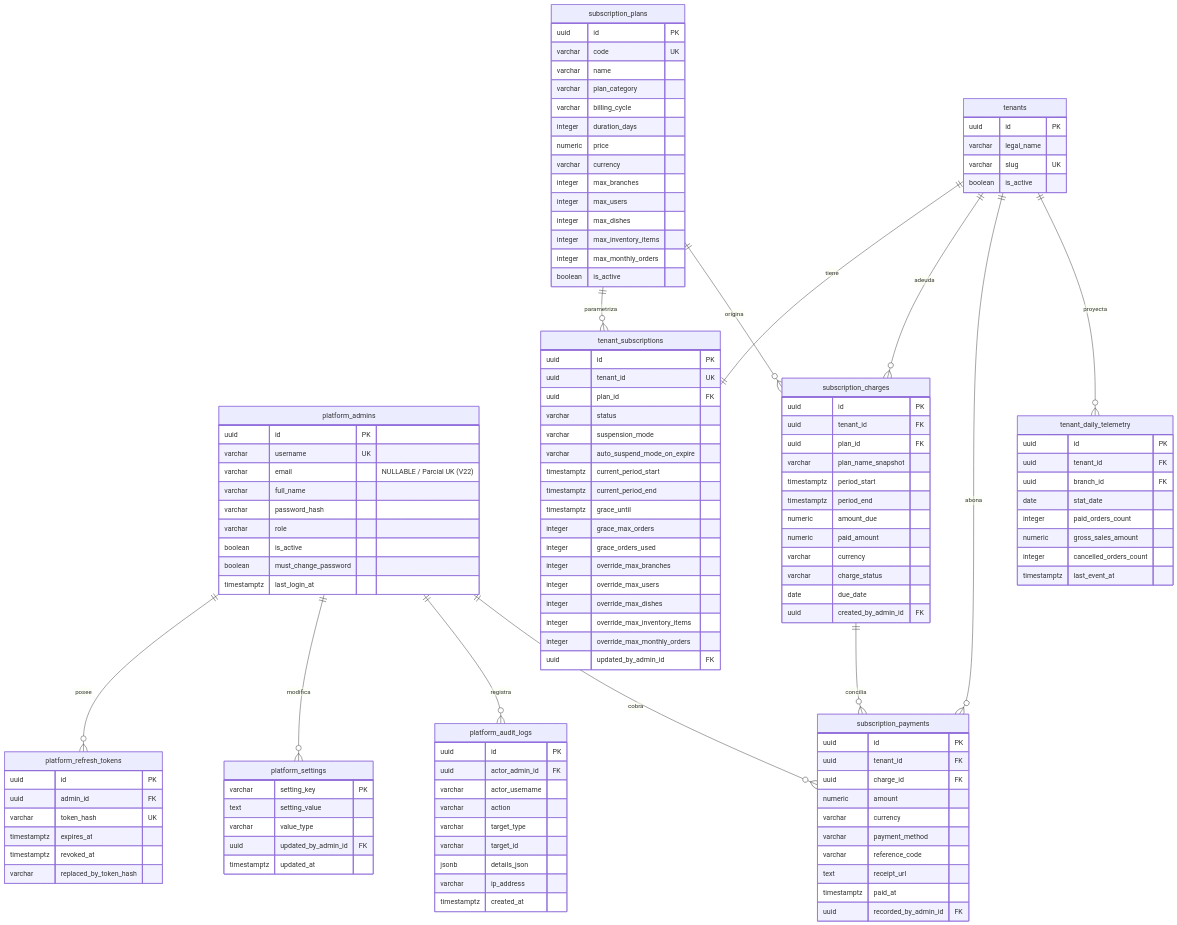
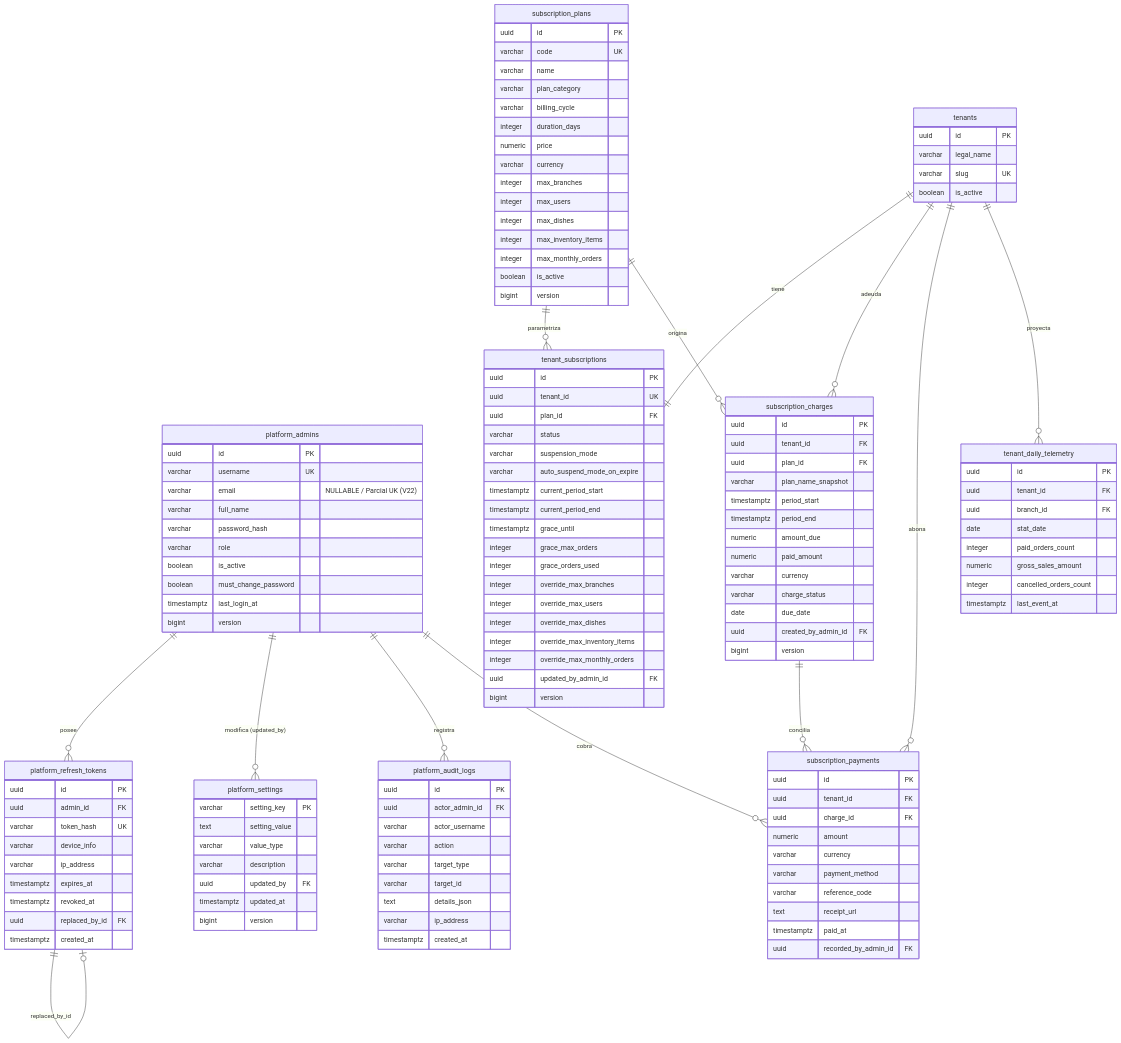
The diagram in docs/backoffice/architecture/domain_and_erd_subscriptions.md (vakajose/gestion-restaurante), drawn with Mermaid before and after one commit. The commit also changed other lines of this file and 156 other files, not shown here.

```diff
--- a/docs/backoffice/architecture/domain_and_erd_subscriptions.md
+++ b/docs/backoffice/architecture/domain_and_erd_subscriptions.md
@@ -31,23 +31,29 @@
         boolean is_active
         boolean must_change_password
         timestamptz last_login_at
+        bigint version
     }
 
     platform_refresh_tokens {
         uuid id PK
         uuid admin_id FK
         varchar token_hash UK
+        varchar device_info
+        varchar ip_address
         timestamptz expires_at
         timestamptz revoked_at
-        varchar replaced_by_token_hash
+        uuid replaced_by_id FK
+        timestamptz created_at
     }
 
     platform_settings {
         varchar setting_key PK
         text setting_value
         varchar value_type
-        uuid updated_by_admin_id FK
+        varchar description
+        uuid updated_by FK
         timestamptz updated_at
+        bigint version
     }
 
     tenants {
@@ -72,6 +78,7 @@
         integer max_inventory_items
         integer max_monthly_orders
         boolean is_active
+        bigint version
     }
 
     tenant_subscriptions {
@@ -92,6 +99,7 @@
         integer override_max_inventory_items
         integer override_max_monthly_orders
         uuid updated_by_admin_id FK
+        bigint version
     }
 
     subscription_charges {
@@ -107,6 +115,7 @@
         varchar charge_status
         date due_date
         uuid created_by_admin_id FK
+        bigint version
     }
 
     subscription_payments {
@@ -140,13 +149,14 @@
         varchar action
         varchar target_type
         varchar target_id
-        jsonb details_json
+        text details_json
         varchar ip_address
         timestamptz created_at
     }
 
     platform_admins ||--o{ platform_refresh_tokens : "posee"
-    platform_admins ||--o{ platform_settings : "modifica"
+    platform_refresh_tokens ||--o| platform_refresh_tokens : "replaced_by_id"
+    platform_admins ||--o{ platform_settings : "modifica (updated_by)"
     platform_admins ||--o{ platform_audit_logs : "registra"
     platform_admins ||--o{ subscription_payments : "cobra"
     subscription_plans ||--o{ tenant_subscriptions : "parametriza"
```
